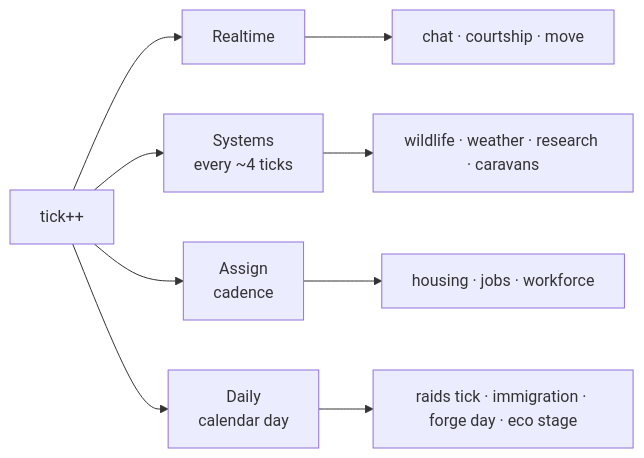
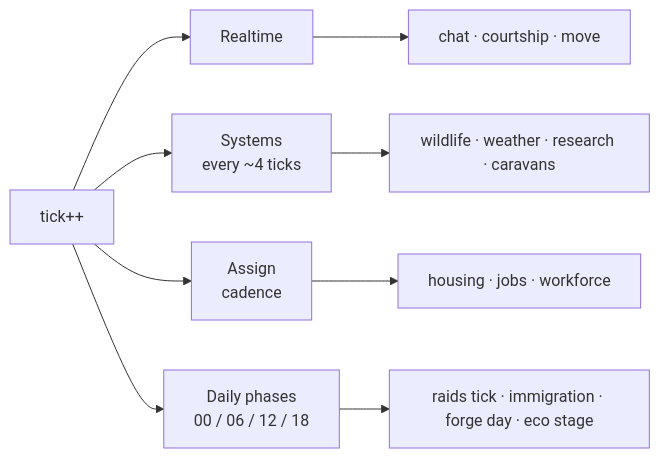
The third of 8 diagrams in ARCHITECTURE.md (Rengerams/wilderfolk), drawn with Mermaid before and after one commit. The commit also changed other lines of this file, not shown here.

Commit message:
docs(calendar): align owner registries and current calendar contracts

````diff
--- a/ARCHITECTURE.md
+++ b/ARCHITECTURE.md
@@ -96,12 +96,12 @@
 ```mermaid
 flowchart LR
   Tick["tick++"] --> RT["Realtime"]
   Tick --> SYS["Systems<br/>every ~4 ticks"]
   Tick --> ASG["Assign<br/>cadence"]
-  Tick --> DAY["Daily<br/>calendar day"]
+  Tick --> DAY["Daily phases<br/>00 / 06 / 12 / 18"]
 
   RT --> Chat["chat · courtship · move"]
   SYS --> Wild["wildlife · weather · research · caravans"]
   ASG --> Jobs["housing · jobs · workforce"]
   DAY --> Cal["raids tick · immigration · forge day · eco stage"]
 ```
````
